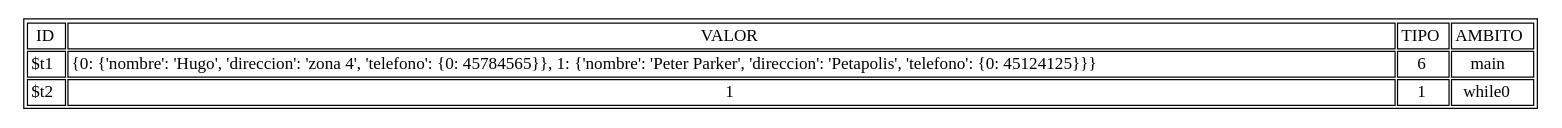
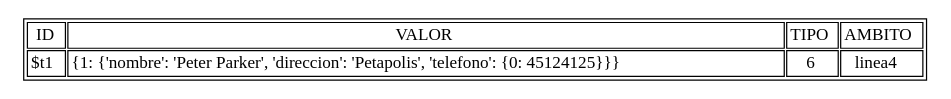
The diagram in tsg.dot (sgleal97/vacas_compi), drawn with Graphviz before and after one commit. The commit also changed 8 other files, not shown here.

```diff
--- a/tsg.dot
+++ b/tsg.dot
@@ -1,26 +1,20 @@
 digraph H {
 aHtmlTable [
 shape=plaintext
 label=<
 <table border='1' cellborder='1'>
 <tr>
 <td>ID</td>
 <td>VALOR</td>
 <td>TIPO</td>
 <td>AMBITO</td>
 </tr>
 <tr>
 <td>$t1</td>
-<td>{0: {'nombre': 'Hugo', 'direccion': 'zona 4', 'telefono': {0: 45784565}}, 1: {'nombre': 'Peter Parker', 'direccion': 'Petapolis', 'telefono': {0: 45124125}}}</td>
+<td>{1: {'nombre': 'Peter Parker', 'direccion': 'Petapolis', 'telefono': {0: 45124125}}}</td>
 <td>6</td>
-<td>main</td>
-</tr>
-<tr>
-<td>$t2</td>
-<td>1</td>
-<td>1</td>
-<td>while0</td>
+<td>linea4</td>
 </tr>
 </table>
 >];
 }
```
